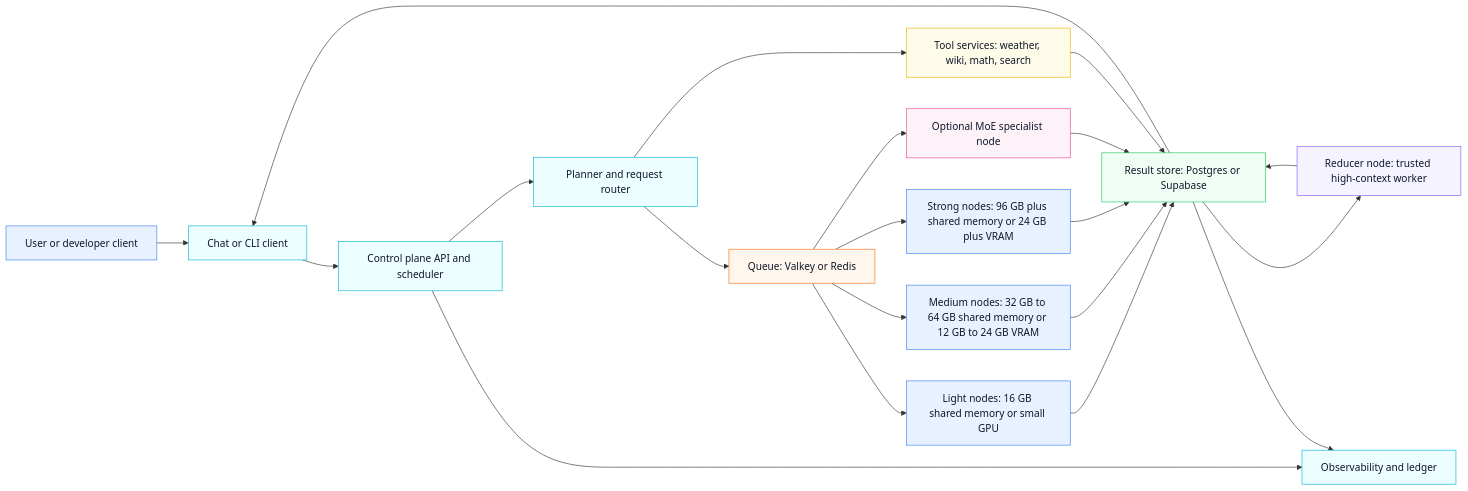
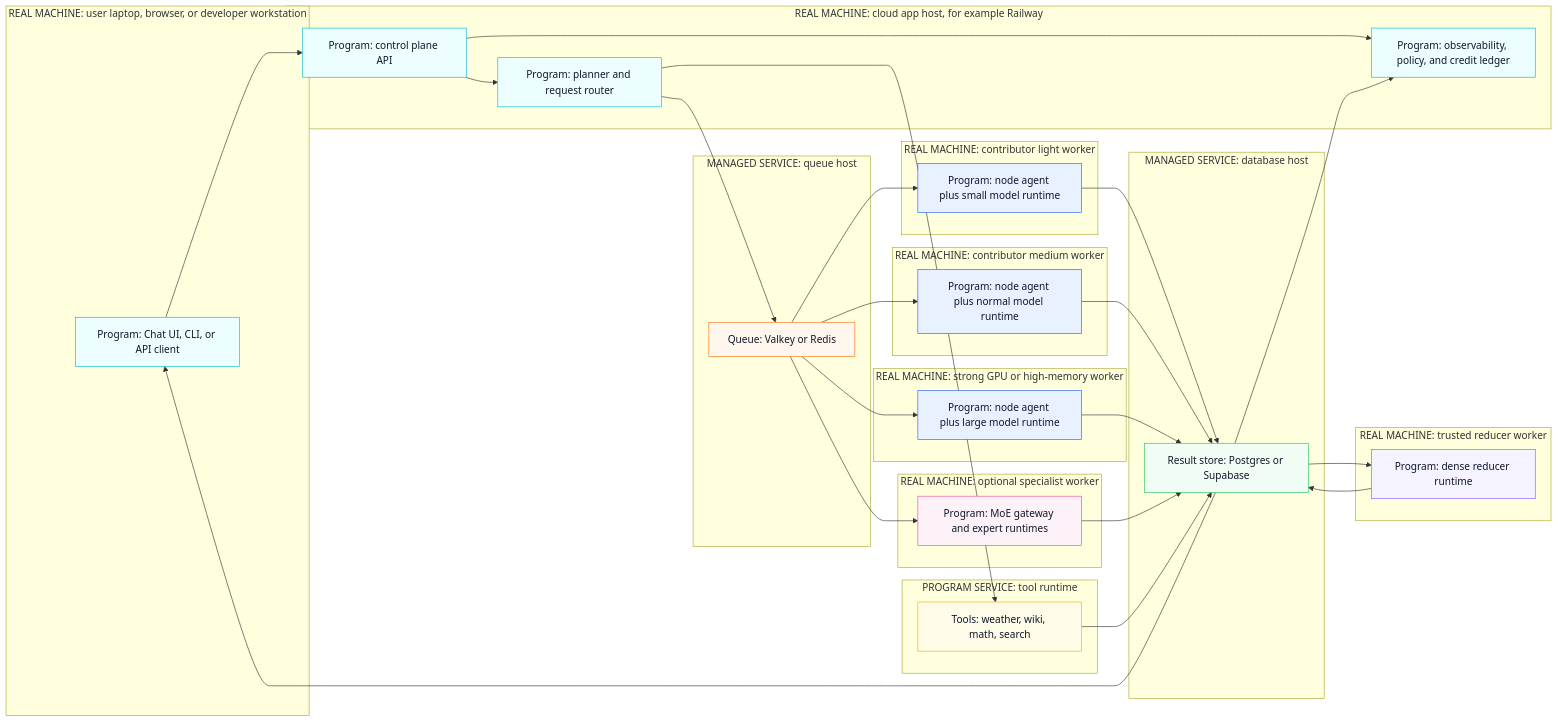
The first of 2 diagrams in docs/business-requirements.md (novusmundus2025/control-plane), drawn with Mermaid before and after one commit. The commit also changed other lines of this file, not shown here.

Commit message:
Clarify architecture diagrams by machine boundary

````diff
--- a/docs/business-requirements.md
+++ b/docs/business-requirements.md
@@ -273,43 +273,71 @@
 ```mermaid
 flowchart LR
-    user["User or developer client"]:::machine
-    chat["Chat or CLI client"]:::program
-    cp["Control plane API and scheduler"]:::program
-    router["Planner and request router"]:::program
-    queue["Queue: Valkey or Redis"]:::queue
-    db["Result store: Postgres or Supabase"]:::store
-    obs["Observability and ledger"]:::program
+    subgraph userMachine["REAL MACHINE: user laptop, browser, or developer workstation"]
+        chat["Program: Chat UI, CLI, or API client"]:::program
+    end
 
-    light["Light nodes: 16 GB shared memory or small GPU"]:::machine
-    medium["Medium nodes: 32 GB to 64 GB shared memory or 12 GB to 24 GB VRAM"]:::machine
-    strong["Strong nodes: 96 GB plus shared memory or 24 GB plus VRAM"]:::machine
-    reducer["Reducer node: trusted high-context worker"]:::reducer
-    tools["Tool services: weather, wiki, math, search"]:::tool
-    moe["Optional MoE specialist node"]:::moe
+    subgraph controlPlaneMachine["REAL MACHINE: cloud app host, for example Railway"]
+        cp["Program: control plane API"]:::program
+        router["Program: planner and request router"]:::program
+        obs["Program: observability, policy, and credit ledger"]:::program
+    end
 
-    user --> chat --> cp --> router
+    subgraph queueMachine["MANAGED SERVICE: queue host"]
+        queue["Queue: Valkey or Redis"]:::queue
+    end
+
+    subgraph storeMachine["MANAGED SERVICE: database host"]
+        db["Result store: Postgres or Supabase"]:::store
+    end
+
+    subgraph toolMachine["PROGRAM SERVICE: tool runtime"]
+        tools["Tools: weather, wiki, math, search"]:::tool
+    end
+
+    subgraph lightMachine["REAL MACHINE: contributor light worker"]
+        light["Program: node agent plus small model runtime"]:::worker
+    end
+
+    subgraph mediumMachine["REAL MACHINE: contributor medium worker"]
+        medium["Program: node agent plus normal model runtime"]:::worker
+    end
+
+    subgraph strongMachine["REAL MACHINE: strong GPU or high-memory worker"]
+        strong["Program: node agent plus large model runtime"]:::worker
+    end
+
+    subgraph reducerMachine["REAL MACHINE: trusted reducer worker"]
+        reducer["Program: dense reducer runtime"]:::reducer
+    end
+
+    subgraph moeMachine["REAL MACHINE: optional specialist worker"]
+        moe["Program: MoE gateway and expert runtimes"]:::moe
+    end
+
+    chat --> cp --> router
     router --> queue
     router --> tools
     queue --> light
     queue --> medium
     queue --> strong
     queue --> moe
     light --> db
     medium --> db
     strong --> db
     moe --> db
     db --> reducer
     tools --> db
     reducer --> db
     db --> chat
     cp --> obs
     db --> obs
 
     classDef machine fill:#e8f1ff,stroke:#3b82f6,color:#0f172a
     classDef program fill:#ecfeff,stroke:#06b6d4,color:#0f172a
+    classDef worker fill:#e8f1ff,stroke:#2563eb,color:#0f172a
     classDef queue fill:#fff7ed,stroke:#f97316,color:#0f172a
     classDef store fill:#f0fdf4,stroke:#22c55e,color:#0f172a
     classDef reducer fill:#f5f3ff,stroke:#8b5cf6,color:#0f172a
     classDef tool fill:#fefce8,stroke:#eab308,color:#0f172a
     classDef moe fill:#fdf2f8,stroke:#ec4899,color:#0f172a
 ```
````
